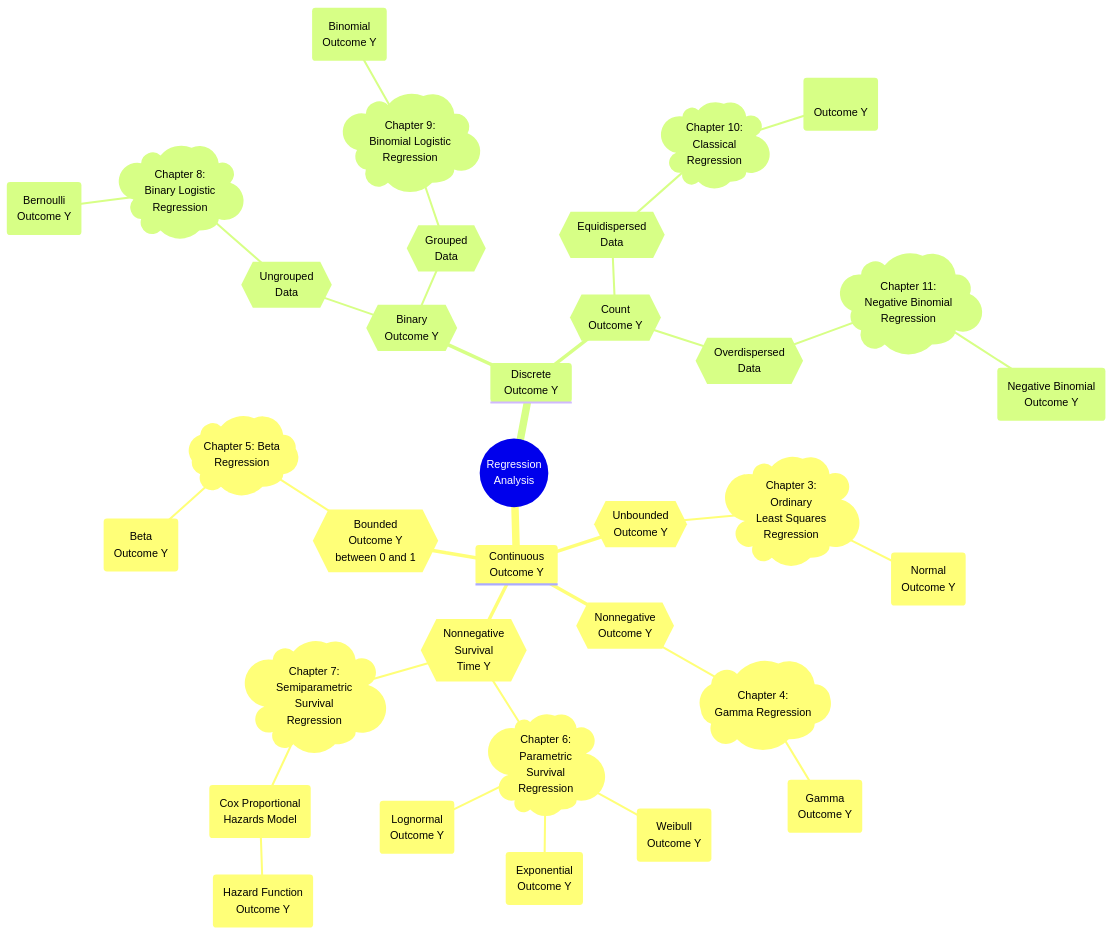
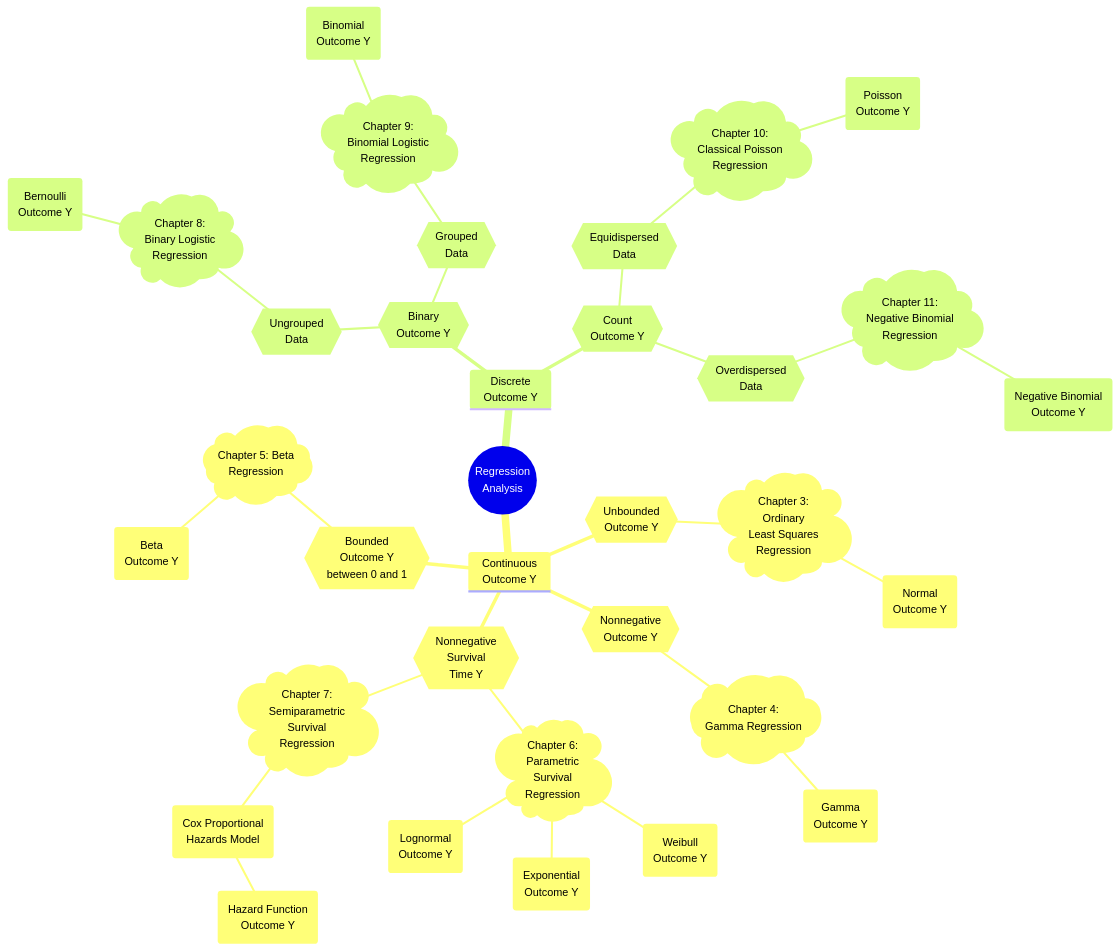
The diagram in book/11-negative-binomial.qmd (alexrod61/regression-cookbook), drawn with Mermaid before and after one commit. The commit also changed other lines of this file, not shown here.

````diff
--- a/book/11-negative-binomial.qmd
+++ b/book/11-negative-binomial.qmd
@@ -47,38 +27,38 @@
 ```{mermaid}
 mindmap
   root((Regression 
   Analysis)
     Continuous <br/>Outcome Y
       {{Unbounded <br/>Outcome Y}}
         )Chapter 3: <br/>Ordinary <br/>Least Squares <br/>Regression(
           (Normal <br/>Outcome Y)
       {{Nonnegative <br/>Outcome Y}}
         )Chapter 4: <br/>Gamma Regression(
           (Gamma <br/>Outcome Y)
       {{Bounded <br/>Outcome Y <br/> between 0 and 1}}
         )Chapter 5: Beta <br/>Regression(
           (Beta <br/>Outcome Y)
       {{Nonnegative <br/>Survival <br/>Time Y}}
         )Chapter 6: <br/>Parametric <br/> Survival <br/>Regression(
           (Exponential <br/>Outcome Y)
           (Weibull <br/>Outcome Y)
           (Lognormal <br/>Outcome Y)
         )Chapter 7: <br/>Semiparametric <br/>Survival <br/>Regression(
           (Cox Proportional <br/>Hazards Model)
             (Hazard Function <br/>Outcome Y)
     Discrete <br/>Outcome Y
       {{Binary <br/>Outcome Y}}
         {{Ungrouped <br/>Data}}
           )Chapter 8: <br/>Binary Logistic <br/>Regression(
             (Bernoulli <br/>Outcome Y)
         {{Grouped <br/>Data}}
           )Chapter 9: <br/>Binomial Logistic <br/>Regression(
             (Binomial <br/>Outcome Y)
       {{Count <br/>Outcome Y}}
         {{Equidispersed <br/>Data}}
-          )Chapter 10: <br/>Classical  <br/>Regression(
-            ( <br/>Outcome Y)
+          )Chapter 10: <br/>Classical Poisson <br/>Regression(
+            (Poisson <br/>Outcome Y)
         {{Overdispersed <br/>Data}}
           )Chapter 11: <br/>Negative Binomial <br/>Regression(
             (Negative Binomial <br/>Outcome Y)
 ```
````
